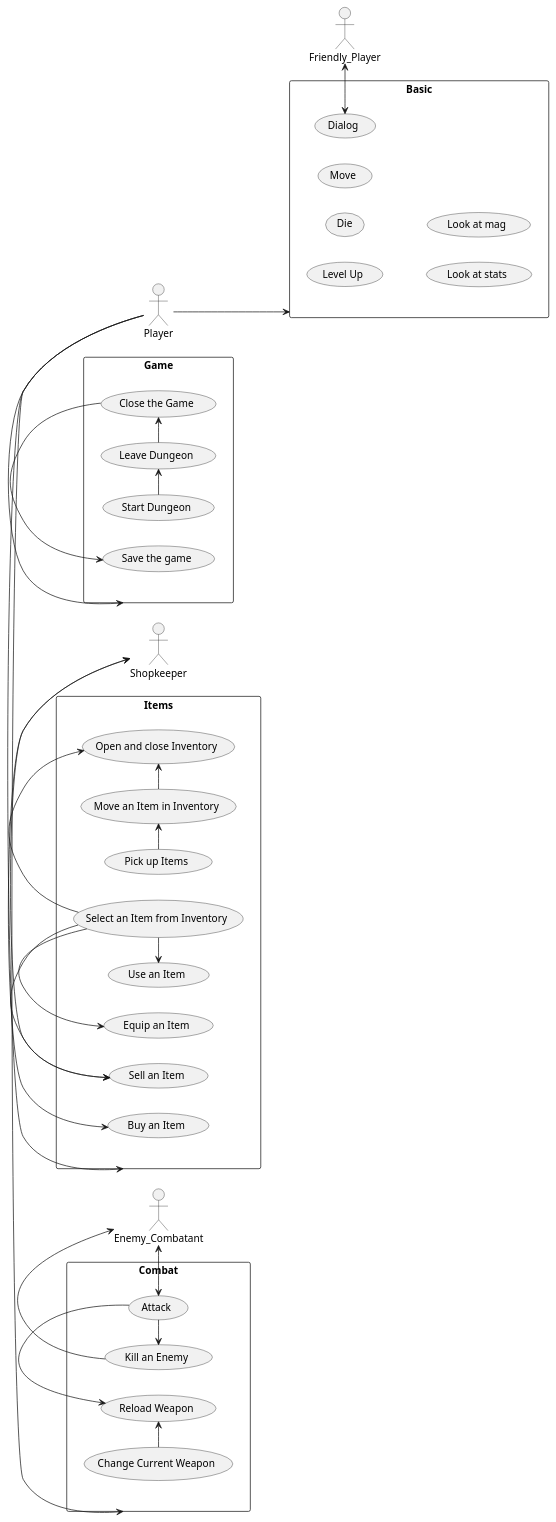
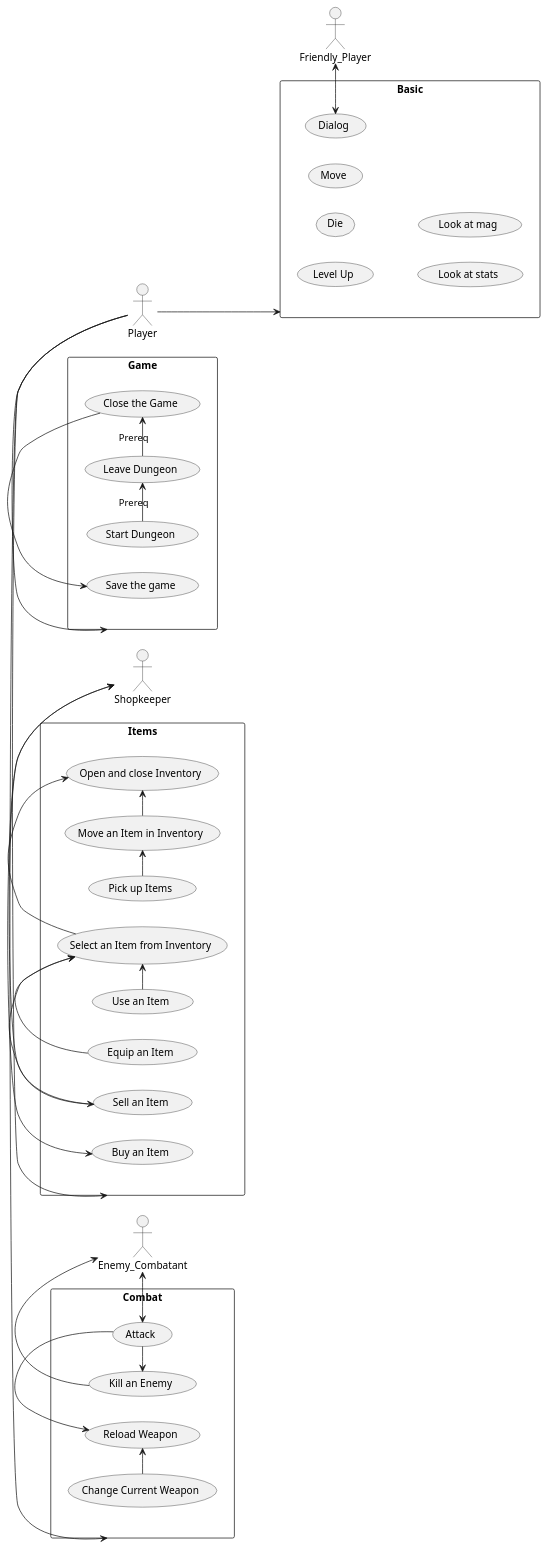
The diagram in brettMenziesUML/useCaseDiagram.puml (Team-3-HW-2/UML), drawn with PlantUML before and after one commit. The commit also changed 1 other file, not shown here.

```diff
--- a/brettMenziesUML/useCaseDiagram.puml
+++ b/brettMenziesUML/useCaseDiagram.puml
@@ -1,44 +1,44 @@
 @startuml
 left to right direction
 skinparam packageStyle rect
 actor Player
 actor Enemy_Combatant
 actor Friendly_Player
 actor Shopkeeper
 rectangle Combat {
   (Kill an Enemy) <- (Attack)
   (Kill an Enemy) -> Enemy_Combatant
   (Attack) <-> Enemy_Combatant
   (Reload Weapon) <- (Attack)
   (Change Current Weapon) -> (Reload Weapon)
 }
 rectangle Items {
   (Select an Item from Inventory) -> (Open and close Inventory)
   (Move an Item in Inventory) -> (Open and close Inventory)
   (Pick up Items) -> (Move an Item in Inventory)
   (Open and close Inventory)
-  (Use an Item) <- (Select an Item from Inventory)
-  (Equip an Item) <- (Select an Item from Inventory)
-  (Sell an Item) <- (Select an Item from Inventory)
+  (Use an Item) -> (Select an Item from Inventory)
+  (Equip an Item) -> (Select an Item from Inventory)
+  (Sell an Item) -> (Select an Item from Inventory)
   (Sell an Item) <-> Shopkeeper
   (Buy an Item) <-> Shopkeeper
 }
 rectangle Game {
-  (Start Dungeon) -> (Leave Dungeon)
-  (Leave Dungeon) -> (Close the Game)
+  (Start Dungeon) -> (Leave Dungeon) : Prereq
+  (Leave Dungeon) -> (Close the Game) : Prereq
   (Close the Game)
   (Save the game) <- (Close the Game)
 }
 rectangle Basic {
   (Level Up)
   (Die)
   (Move)
   (Look at stats)
   (Look at mag)
   (Dialog) <-> Friendly_Player
 }
 Player -left-> Combat
 Player -right-> Game
 Player -left-> Items
 Player -down-> Basic
 @enduml
```
